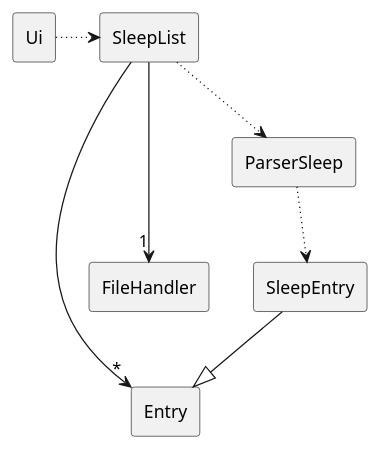
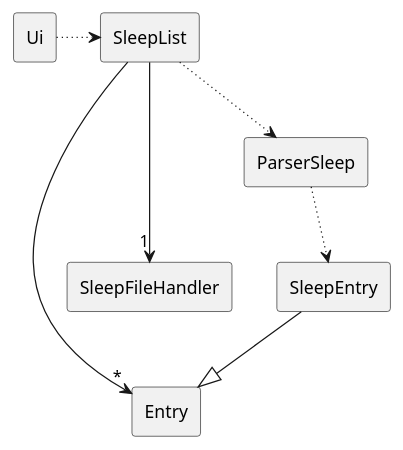
The diagram in docs/diagrams/sleep.puml (AY2324S2-CS2113-F15-2/tp), drawn with PlantUML before and after one commit. The commit also changed 9 other files, not shown here.

```diff
--- a/docs/diagrams/sleep.puml
+++ b/docs/diagrams/sleep.puml
@@ -1,21 +1,21 @@
 @startuml
 
 rectangle SleepList
 rectangle SleepEntry
 
 rectangle Entry
-rectangle FileHandler
+rectangle SleepFileHandler
 rectangle Ui
 rectangle ParserSleep
 
 SleepList --> "*" Entry
-SleepList ---> "1" FileHandler
+SleepList ---> "1" SleepFileHandler
 SleepList --[dotted]> ParserSleep
 
 Ui -[dotted]> SleepList
 
 SleepEntry --|> Entry
 
 ParserSleep -[dotted]-> SleepEntry
 
 @enduml
```
